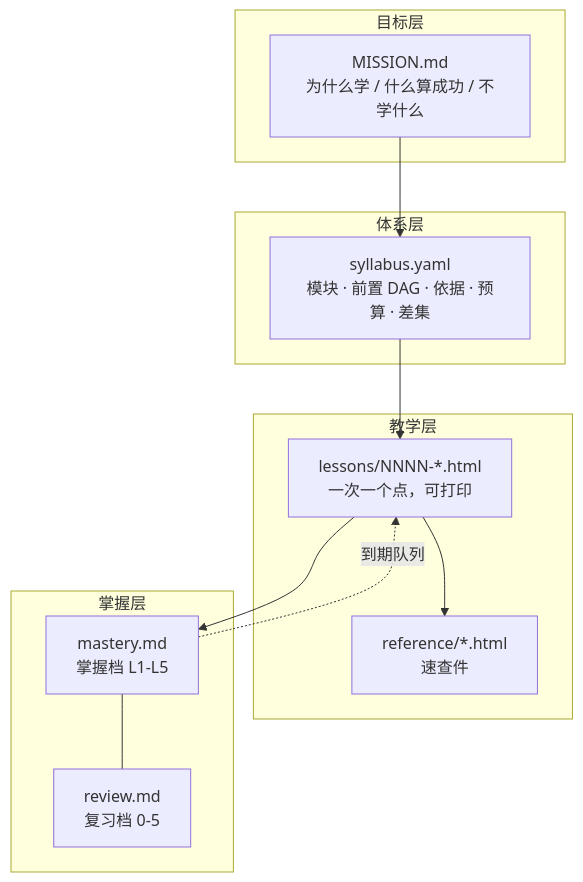
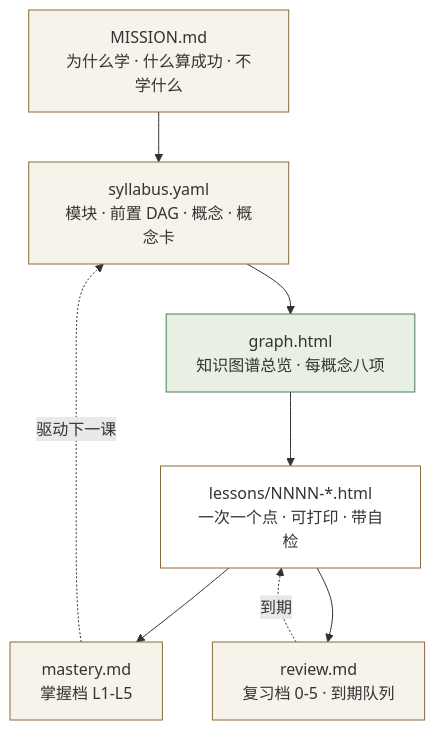
One commit to Asaceoo/learn-system-skills changed the first of 5 diagrams in README.md. Above: the diagram before and after it, drawn with Mermaid. The commit also changed other lines of this file and 12 other files, not shown here.

First line of the commit message:
learn-system v0.7.0: 知识图谱总览（每概念八项 + 2D/3D 图示）

````diff
--- a/README.md
+++ b/README.md
@@ -30,17 +28,16 @@
 ```mermaid
-flowchart TB
-    subgraph 目标层
-        M["MISSION.md<br/>为什么学 / 什么算成功 / 不学什么"]
-    end
-    subgraph 体系层
-        S["syllabus.yaml<br/>模块 · 前置 DAG · 依据 · 预算 · 差集"]
-    end
-    subgraph 教学层
-        L["lessons/NNNN-*.html<br/>一次一个点，可打印"] --> R["reference/*.html<br/>速查件"]
-    end
-    subgraph 掌握层
-        MA["mastery.md<br/>掌握档 L1-L5"] --- RV["review.md<br/>复习档 0-5"]
-    end
-    M --> S --> L --> MA
-    MA -.到期队列.-> L
+graph TB
+    M["MISSION.md<br/>为什么学 · 什么算成功 · 不学什么"] --> S["syllabus.yaml<br/>模块 · 前置 DAG · 概念 · 概念卡"]
+    S --> G["graph.html<br/>知识图谱总览 · 每概念八项"]
+    G --> L["lessons/NNNN-*.html<br/>一次一个点 · 可打印 · 带自检"]
+    L --> K["mastery.md<br/>掌握档 L1-L5"]
+    L --> R["review.md<br/>复习档 0-5 · 到期队列"]
+    R -. 到期 .-> L
+    K -. 驱动下一课 .-> S
+    style M fill:#f6f3ea,stroke:#8a6a3d
+    style S fill:#f6f3ea,stroke:#8a6a3d
+    style G fill:#e8f0e4,stroke:#4a7c59
+    style L fill:#fff,stroke:#8a6a3d
+    style K fill:#f6f3ea,stroke:#8a6a3d
+    style R fill:#f6f3ea,stroke:#8a6a3d
 ```
````
